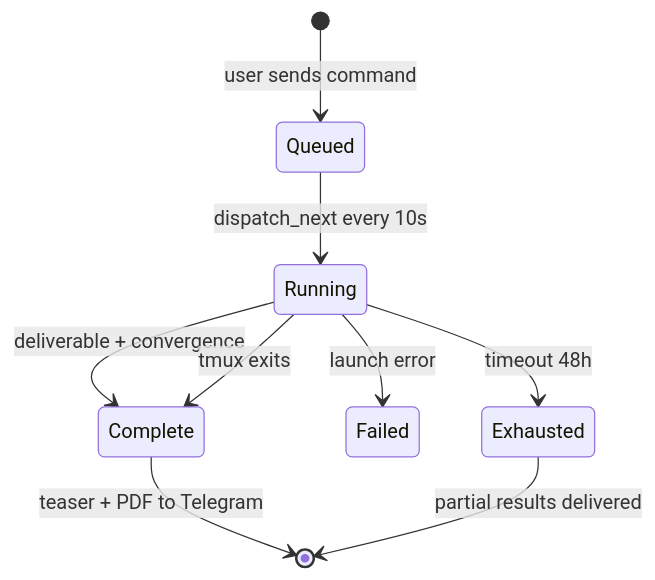
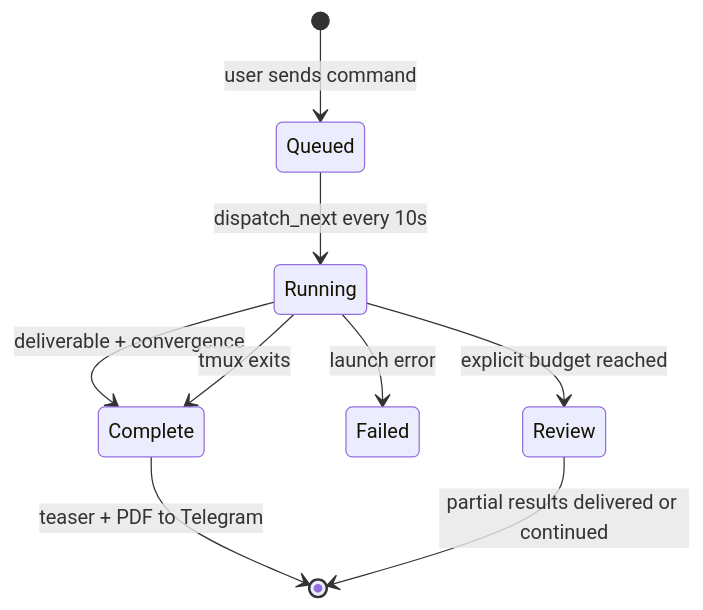
One commit to Vahidrostami/voronoi changed the fifth of 7 diagrams in DESIGN.md. Above: the diagram before and after it, drawn with Mermaid. The commit also changed other lines of this file and 51 other files, not shown here.

````diff
--- a/DESIGN.md
+++ b/DESIGN.md
@@ -387,11 +387,11 @@
 ```mermaid
 stateDiagram-v2
     [*] --> Queued : user sends command
     Queued --> Running : dispatch_next every 10s
     Running --> Complete : deliverable + convergence
     Running --> Complete : tmux exits
     Running --> Failed : launch error
-    Running --> Exhausted : timeout 48h
+    Running --> Review : explicit budget reached
     Complete --> [*] : teaser + PDF to Telegram
-    Exhausted --> [*] : partial results delivered
+    Review --> [*] : partial results delivered or continued
 ```
````
